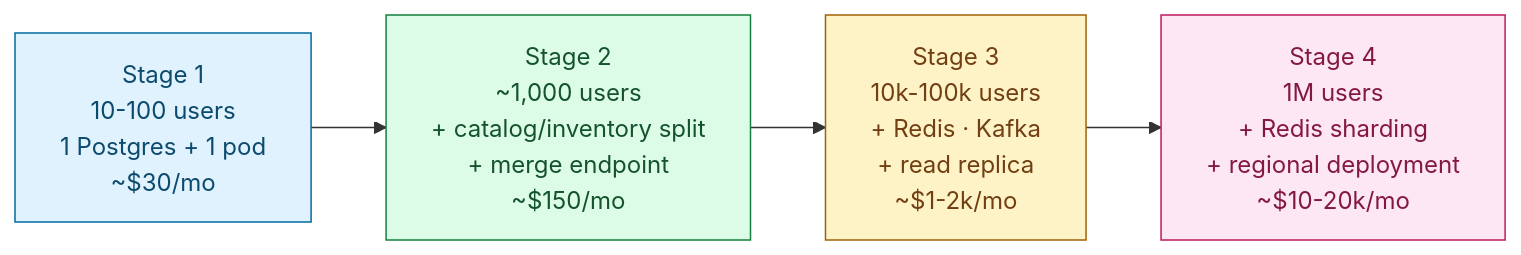
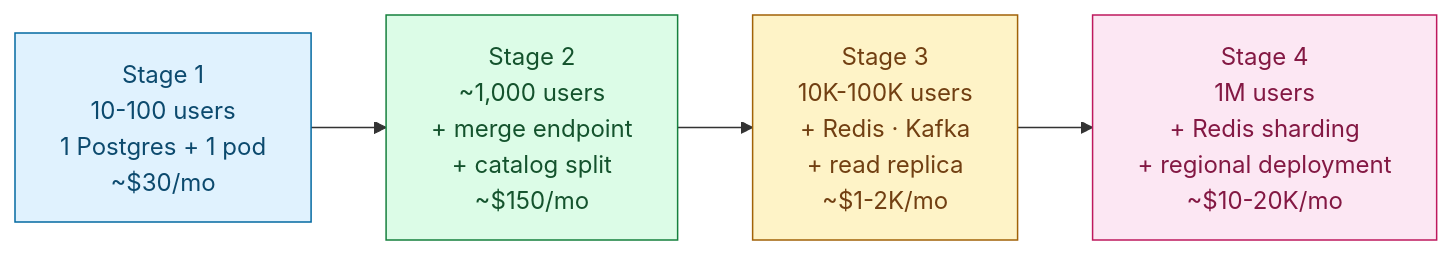
Before and after one commit to shiningflash/system-design: the fifth of 5 diagrams in problems/012-shopping-cart/solution.md, drawn with Mermaid. The commit also changed other lines of this file and 37 other files, not shown here.

````diff
--- a/problems/012-shopping-cart/solution.md
+++ b/problems/012-shopping-cart/solution.md
@@ -365,14 +374,14 @@
 ```mermaid
 flowchart LR
     S1["Stage 1<br/>10-100 users<br/>1 Postgres + 1 pod<br/>~$30/mo"]:::s1
-    S2["Stage 2<br/>~1,000 users<br/>+ catalog/inventory split<br/>+ merge endpoint<br/>~$150/mo"]:::s2
-    S3["Stage 3<br/>10k-100k users<br/>+ Redis · Kafka<br/>+ read replica<br/>~$1-2k/mo"]:::s3
-    S4["Stage 4<br/>1M users<br/>+ Redis sharding<br/>+ regional deployment<br/>~$10-20k/mo"]:::s4
+    S2["Stage 2<br/>~1,000 users<br/>+ merge endpoint<br/>+ catalog split<br/>~$150/mo"]:::s2
+    S3["Stage 3<br/>10K-100K users<br/>+ Redis · Kafka<br/>+ read replica<br/>~$1-2K/mo"]:::s3
+    S4["Stage 4<br/>1M users<br/>+ Redis sharding<br/>+ regional deployment<br/>~$10-20K/mo"]:::s4
 
     S1 --> S2 --> S3 --> S4
 
     classDef s1 fill:#e0f2fe,stroke:#0369a1,color:#0c4a6e
     classDef s2 fill:#dcfce7,stroke:#15803d,color:#14532d
     classDef s3 fill:#fef3c7,stroke:#a16207,color:#713f12
     classDef s4 fill:#fce7f3,stroke:#be185d,color:#831843
 ```
````
